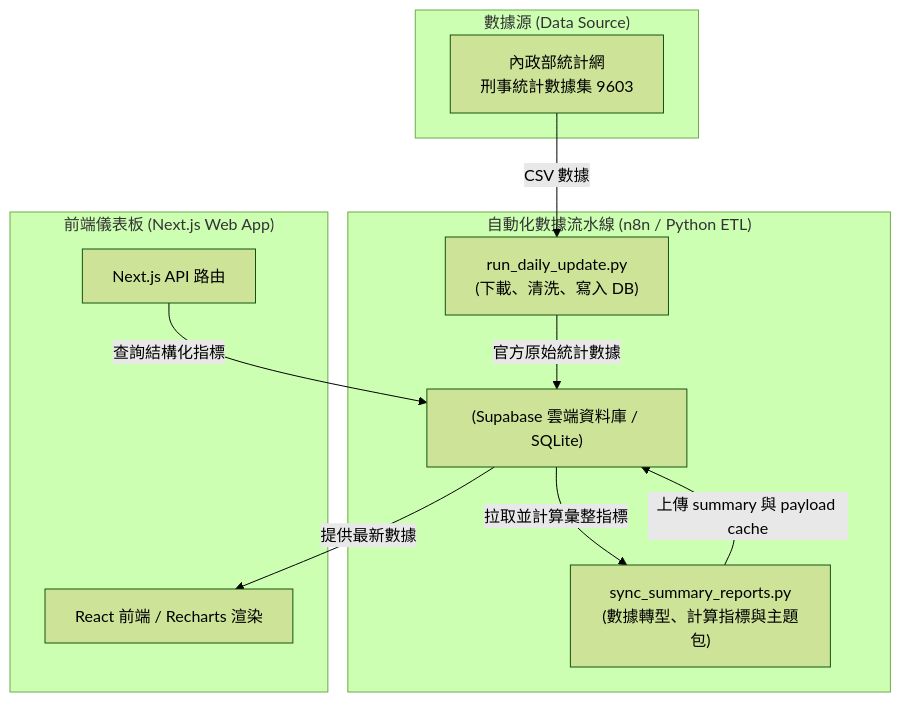
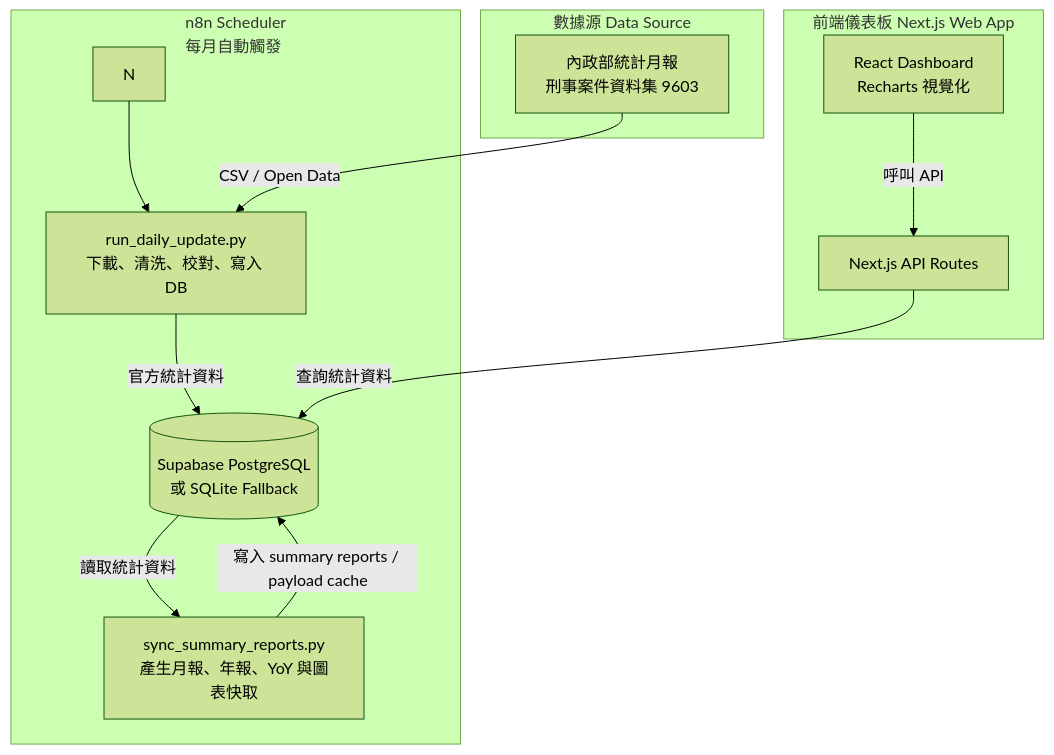
Before and after one commit to dec591nyc/PSJJV: the diagram in README.md, drawn with Mermaid (forest theme). The commit also changed other lines of this file, not shown here.

````diff
--- a/README.md
+++ b/README.md
@@ -38,20 +40,24 @@
 ```mermaid
 flowchart TD
-    subgraph "數據源 (Data Source)"
-        A[內政部統計網\n刑事統計數據集 9603]
+    subgraph "數據源 Data Source"
+        A[內政部統計月報<br/>刑事案件資料集 9603]
     end
 
-    subgraph "自動化數據流水線 (n8n / Python ETL)"
-        B["run_daily_update.py\n(下載、清洗、寫入 DB)"]
-        C["sync_summary_reports.py\n(數據轉型、計算指標與主題包)"]
-        A -->|CSV 數據| B
-        B -->|官方原始統計數據| D["(Supabase 雲端資料庫 / SQLite)"]
-        D -->|拉取並計算彙整指標| C
-        C -->|上傳 summary 與 payload cache| D
+    subgraph "自動化資料處理 n8n / Python ETL" N[n8n Scheduler<br/>每月自動觸發]
+        B[run_daily_update.py<br/>下載、清洗、校對、寫入 DB]
+        C[sync_summary_reports.py<br/>產生月報、年報、YoY 與圖表快取]
+        D[(Supabase PostgreSQL<br/>或 SQLite Fallback)]
+        N --> B
+        A -->|CSV / Open Data| B
+        B -->|官方統計資料| D
+        D -->|讀取統計資料| C
+        C -->|寫入 summary reports / payload cache| D
     end
 
-    subgraph "前端儀表板 (Next.js Web App)"
-        F[Next.js API 路由] -->|查詢結構化指標| D
-        D -->|提供最新數據| H[React 前端 / Recharts 渲染]
+    subgraph "前端儀表板 Next.js Web App"
+        F[Next.js API Routes]
+        H[React Dashboard<br/>Recharts 視覺化]
+        F -->|查詢統計資料| D
+        H -->|呼叫 API| F
     end
 ```
````
